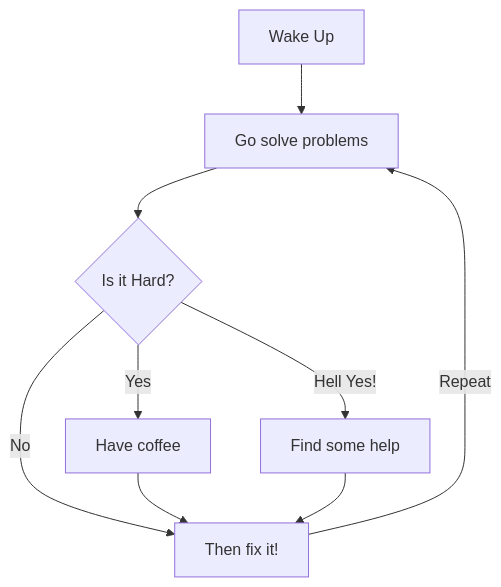
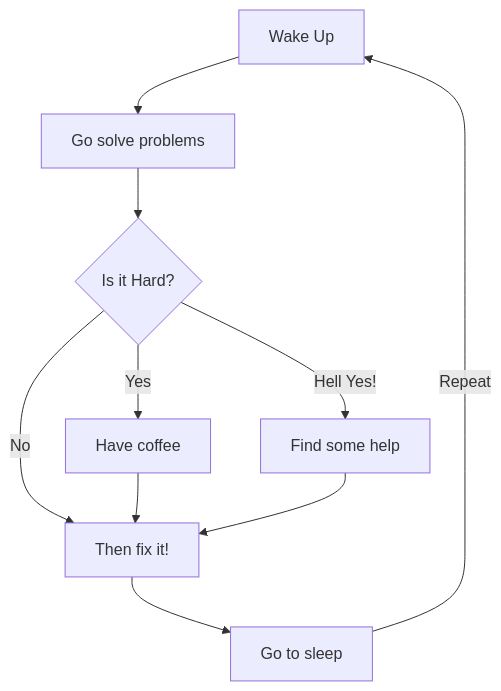
One commit to mbesson/mbesson changed the diagram in README.md. Above: the diagram before and after it, drawn with Mermaid.

Commit message:
[MBE]: Top Down flow chart

````diff
--- a/README.md
+++ b/README.md
@@ -76,11 +76,12 @@
 ```mermaid
   flowchart TD
     B[Wake Up] --> D[Go solve problems]
     D --> E{Is it Hard?}
     E -->|Yes| F[Have coffee]
     E -->|Hell Yes!| G[Find some help]
     E -->|No| H[Then fix it!]
     F -->H
     G --> H
-    H --> |Repeat|D
+    H --> I[Go to sleep]
+    I --> |Repeat|B
 ```
````
